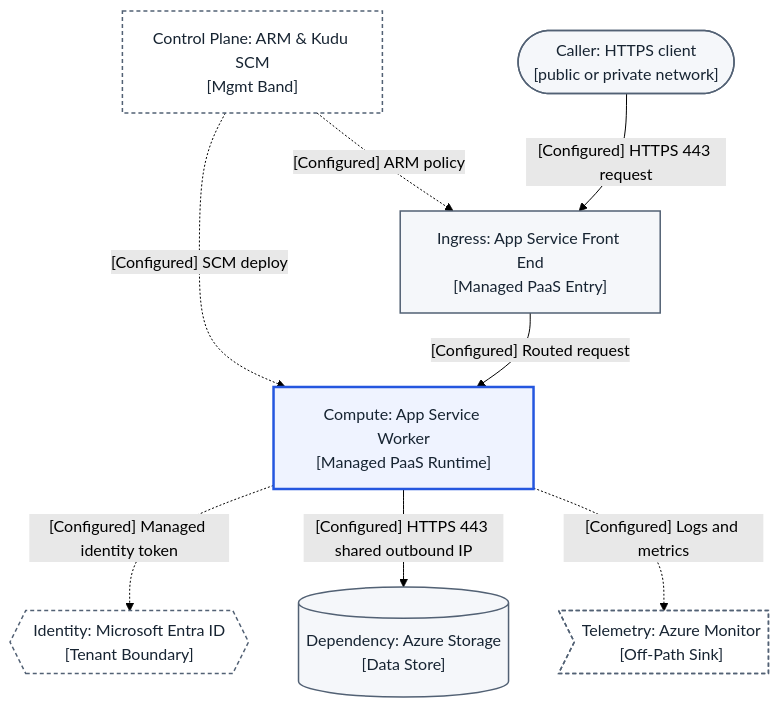
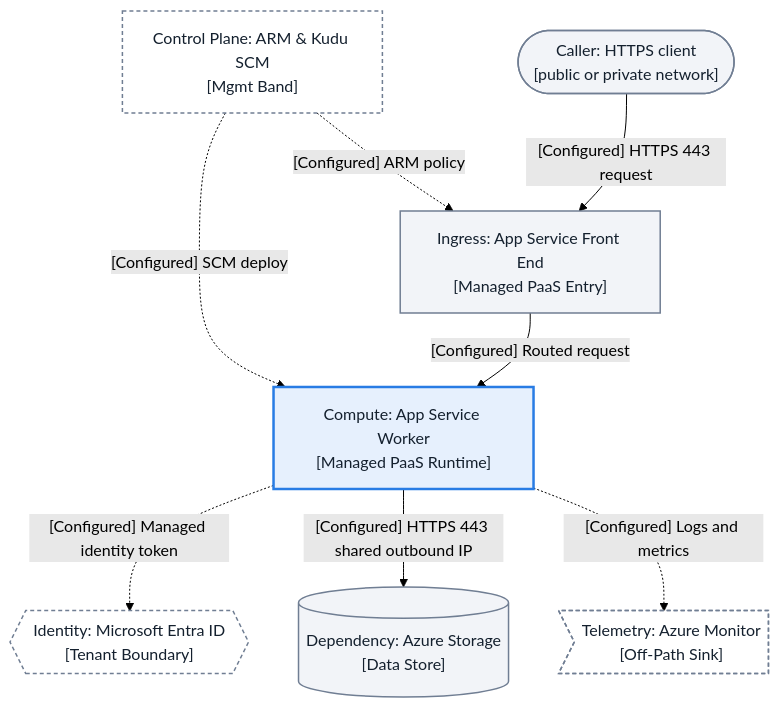
One commit to yeongseon/azure-app-service-practical-guide changed the first of 6 diagrams in docs/reference/diagram-topology-grammar.md. Above: the diagram before and after it, drawn with Mermaid (forest theme). The commit also changed other lines of this file and 1 other file, not shown here.

First line of the commit message:
docs(diagrams): make the topology grammar self-contained and correct its egress vocabulary

````diff
--- a/docs/reference/diagram-topology-grammar.md
+++ b/docs/reference/diagram-topology-grammar.md
@@ -146,25 +147,25 @@
 ```mermaid
 flowchart TD
     accTitle: App Service Baseline Topology (Grammar v1)
     accDescr: Top-down baseline topology showing upper control-plane band, caller to App Service front-end ingress, multitenant worker runtime, Entra ID token flow, public storage egress, and off-path Azure Monitor logs and metrics.
     control_plane["Control Plane: ARM & Kudu SCM<br/>[Mgmt Band]"]
     client(["Caller: HTTPS client<br/>[public or private network]"])
     ingress["Ingress: App Service Front End<br/>[Managed PaaS Entry]"]
     app_runtime["Compute: App Service Worker<br/>[Managed PaaS Runtime]"]
     identity{{"Identity: Microsoft Entra ID<br/>[Tenant Boundary]"}}
     storage_db[("Dependency: Azure Storage<br/>[Data Store]")]
     telemetry>"Telemetry: Azure Monitor<br/>[Off-Path Sink]"]
     control_plane -.->|"[Configured] ARM policy"| ingress
     control_plane -.->|"[Configured] SCM deploy"| app_runtime
     client -->|"[Configured] HTTPS 443 request"| ingress
     ingress -->|"[Configured] Routed request"| app_runtime
     app_runtime -.->|"[Configured] Managed identity token"| identity
     app_runtime -->|"[Configured] HTTPS 443 shared outbound IP"| storage_db
     app_runtime -.->|"[Configured] Logs and metrics"| telemetry
-    classDef baseNeutral fill:#f5f7fa,stroke:#526174,stroke-width:1.5px,color:#172432;
-    classDef focusActive fill:#eff3ff,stroke:#2456df,stroke-width:2.5px,color:#172432;
-    classDef bandMuted fill:#ffffff,stroke:#526174,stroke-width:1.5px,stroke-dasharray:4 3,color:#172432;
+    classDef baseNeutral fill:#f2f4f8,stroke:#707e93,stroke-width:1.5px,color:#14202e;
+    classDef focusActive fill:#e6f0fd,stroke:#287ce4,stroke-width:2.5px,color:#14202e;
+    classDef bandMuted fill:#ffffff,stroke:#707e93,stroke-width:1.5px,stroke-dasharray:4 3,color:#14202e;
     class client,ingress,storage_db baseNeutral;
     class app_runtime focusActive;
     class control_plane,identity,telemetry bandMuted;
 ```
````
